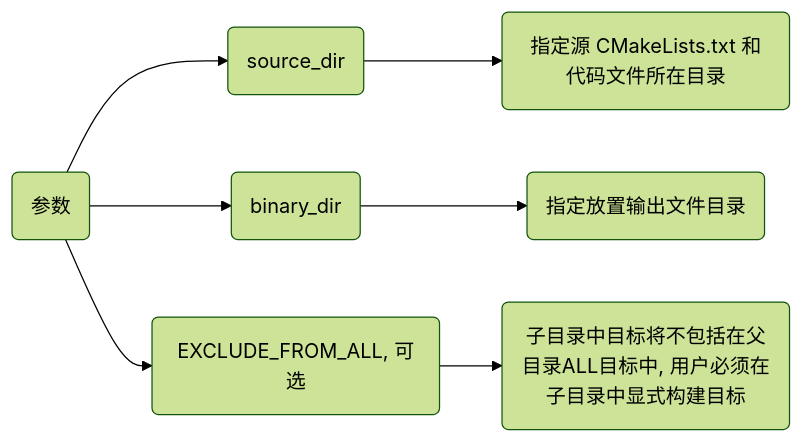
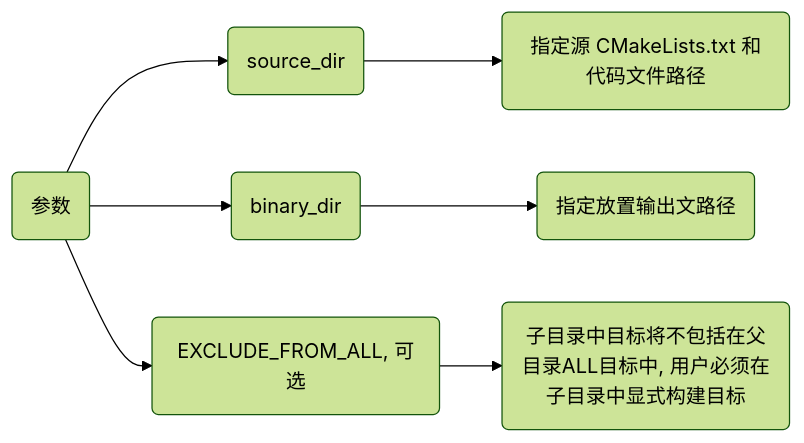
Before and after one commit to dmjcb/dmjcb.github.io: the sixth of 7 diagrams in _posts/software/build_tool/cmake/2024-11-09-语法.md, drawn with Mermaid (forest theme). The commit also changed other lines of this file and 33 other files, not shown here.

````diff
--- a/_posts/software/build_tool/cmake/2024-11-09-语法.md
+++ b/_posts/software/build_tool/cmake/2024-11-09-语法.md
@@ -192,7 +333,7 @@
 ```mermaid
 graph LR
     P(参数)
-    P-->A(source_dir)-->A1(指定源 CMakeLists.txt 和代码文件所在目录)
-    P-->B(binary_dir)-->B1(指定放置输出文件目录)
+    P-->A(source_dir)-->A1(指定源 CMakeLists.txt 和代码文件路径)
+    P-->B(binary_dir)-->B1(指定放置输出文路径)
     P-->C(EXCLUDE_FROM_ALL, 可选)-->C1(子目录中目标将不包括在父目录ALL目标中, 用户必须在子目录中显式构建目标)
 ```
````
